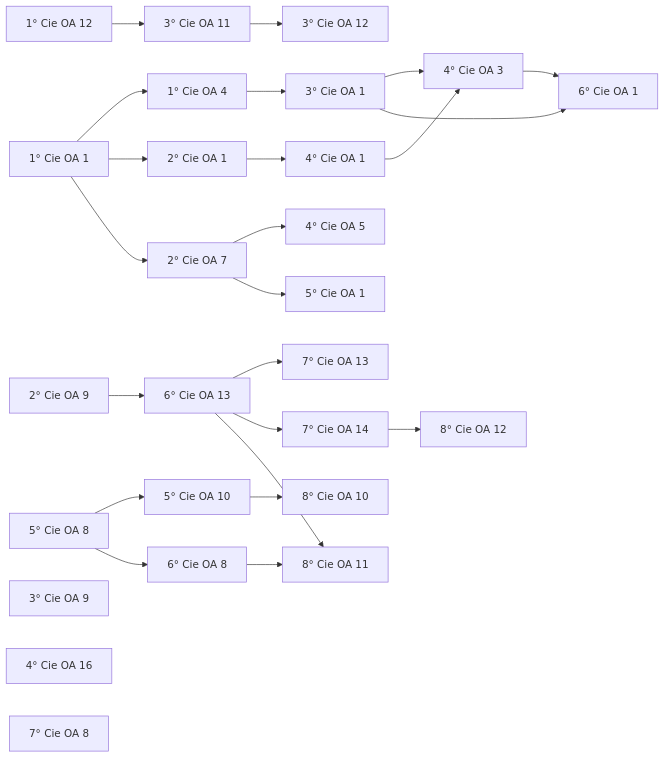
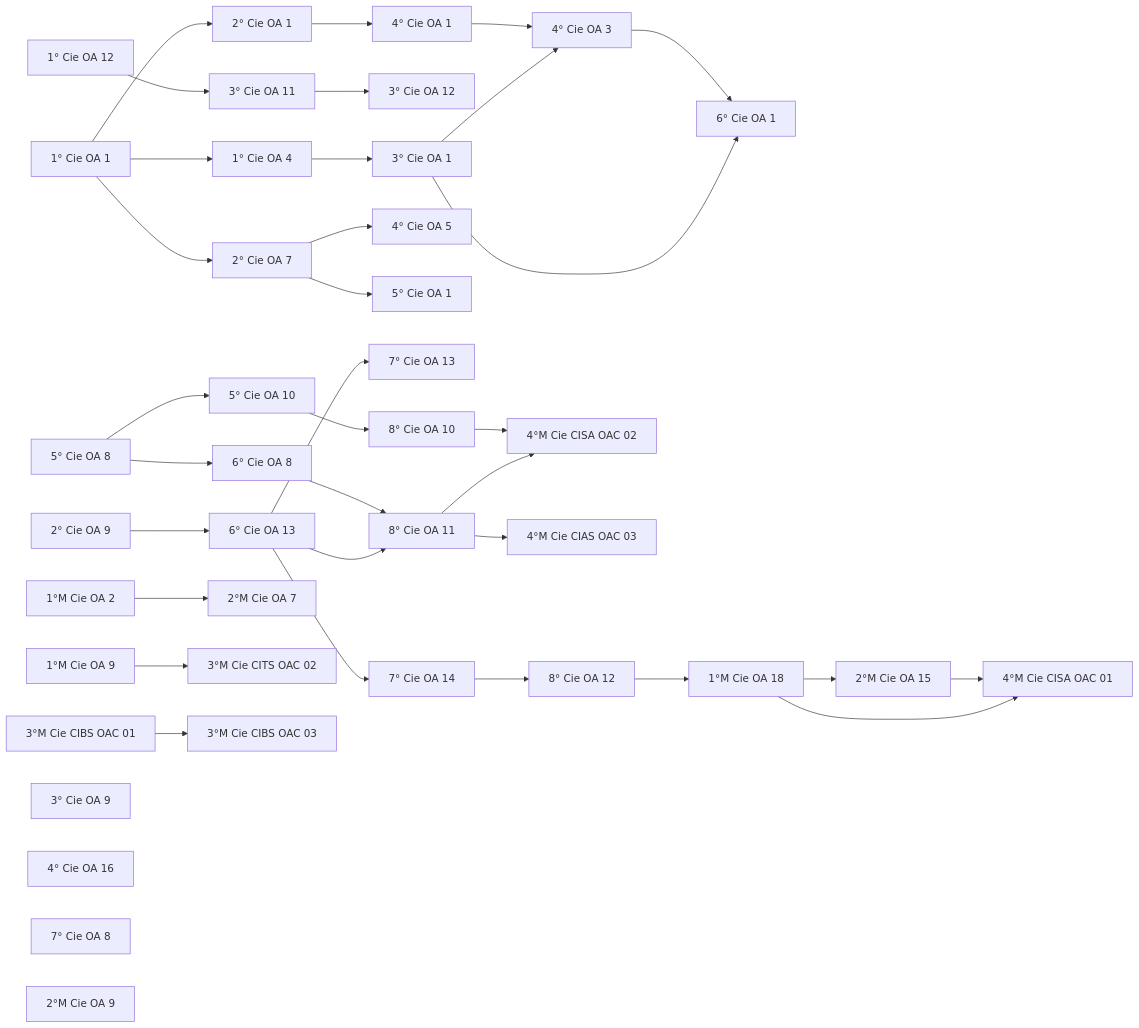
The third of 4 diagrams in expedicion-saber/docs/progresion.md (seanduarteu-cyber/PRODUCCION-PLAYMAKER), drawn with Mermaid before and after one commit. The commit also changed 7 other files, not shown here.

First line of the commit message:
Ciencias 3° y 4° medio (Ciencias para la Ciudadanía): Ciencias completo de 1° a 4° medio (12 OA, 180 desafíos)

````diff
--- a/expedicion-saber/docs/progresion.md
+++ b/expedicion-saber/docs/progresion.md
@@ -79,28 +79,39 @@
 ```mermaid
 flowchart LR
   1_basico_ciencias_OA1["1° Cie OA 1"] --> 1_basico_ciencias_OA4["1° Cie OA 4"]
   1_basico_ciencias_OA1["1° Cie OA 1"] --> 2_basico_ciencias_OA1["2° Cie OA 1"]
   1_basico_ciencias_OA1["1° Cie OA 1"] --> 2_basico_ciencias_OA7["2° Cie OA 7"]
   1_basico_ciencias_OA4["1° Cie OA 4"] --> 3_basico_ciencias_OA1["3° Cie OA 1"]
   1_basico_ciencias_OA12["1° Cie OA 12"] --> 3_basico_ciencias_OA11["3° Cie OA 11"]
   3_basico_ciencias_OA11["3° Cie OA 11"] --> 3_basico_ciencias_OA12["3° Cie OA 12"]
   2_basico_ciencias_OA1["2° Cie OA 1"] --> 4_basico_ciencias_OA1["4° Cie OA 1"]
   4_basico_ciencias_OA1["4° Cie OA 1"] --> 4_basico_ciencias_OA3["4° Cie OA 3"]
   3_basico_ciencias_OA1["3° Cie OA 1"] --> 4_basico_ciencias_OA3["4° Cie OA 3"]
   2_basico_ciencias_OA7["2° Cie OA 7"] --> 4_basico_ciencias_OA5["4° Cie OA 5"]
   2_basico_ciencias_OA7["2° Cie OA 7"] --> 5_basico_ciencias_OA1["5° Cie OA 1"]
   5_basico_ciencias_OA8["5° Cie OA 8"] --> 5_basico_ciencias_OA10["5° Cie OA 10"]
   4_basico_ciencias_OA3["4° Cie OA 3"] --> 6_basico_ciencias_OA1["6° Cie OA 1"]
   3_basico_ciencias_OA1["3° Cie OA 1"] --> 6_basico_ciencias_OA1["6° Cie OA 1"]
   5_basico_ciencias_OA8["5° Cie OA 8"] --> 6_basico_ciencias_OA8["6° Cie OA 8"]
   2_basico_ciencias_OA9["2° Cie OA 9"] --> 6_basico_ciencias_OA13["6° Cie OA 13"]
   6_basico_ciencias_OA13["6° Cie OA 13"] --> 7_basico_ciencias_OA13["7° Cie OA 13"]
   6_basico_ciencias_OA13["6° Cie OA 13"] --> 7_basico_ciencias_OA14["7° Cie OA 14"]
   5_basico_ciencias_OA10["5° Cie OA 10"] --> 8_basico_ciencias_OA10["8° Cie OA 10"]
   6_basico_ciencias_OA8["6° Cie OA 8"] --> 8_basico_ciencias_OA11["8° Cie OA 11"]
   6_basico_ciencias_OA13["6° Cie OA 13"] --> 8_basico_ciencias_OA11["8° Cie OA 11"]
   7_basico_ciencias_OA14["7° Cie OA 14"] --> 8_basico_ciencias_OA12["8° Cie OA 12"]
+  8_basico_ciencias_OA12["8° Cie OA 12"] --> 1_medio_ciencias_OA18["1°M Cie OA 18"]
+  1_medio_ciencias_OA2["1°M Cie OA 2"] --> 2_medio_ciencias_OA7["2°M Cie OA 7"]
+  1_medio_ciencias_OA18["1°M Cie OA 18"] --> 2_medio_ciencias_OA15["2°M Cie OA 15"]
+  1_medio_ciencias_OA9["1°M Cie OA 9"] --> 3_medio_ciencias_OA2["3°M Cie CITS OAC 02"]
+  3_medio_ciencias_OA1["3°M Cie CIBS OAC 01"] --> 3_medio_ciencias_OA3["3°M Cie CIBS OAC 03"]
+  2_medio_ciencias_OA15["2°M Cie OA 15"] --> 4_medio_ciencias_OA1["4°M Cie CISA OAC 01"]
+  1_medio_ciencias_OA18["1°M Cie OA 18"] --> 4_medio_ciencias_OA1["4°M Cie CISA OAC 01"]
+  8_basico_ciencias_OA10["8° Cie OA 10"] --> 4_medio_ciencias_OA2["4°M Cie CISA OAC 02"]
+  8_basico_ciencias_OA11["8° Cie OA 11"] --> 4_medio_ciencias_OA2["4°M Cie CISA OAC 02"]
+  8_basico_ciencias_OA11["8° Cie OA 11"] --> 4_medio_ciencias_OA3["4°M Cie CIAS OAC 03"]
   3_basico_ciencias_OA9["3° Cie OA 9"]
   4_basico_ciencias_OA16["4° Cie OA 16"]
   7_basico_ciencias_OA8["7° Cie OA 8"]
+  2_medio_ciencias_OA9["2°M Cie OA 9"]
 ```
````
